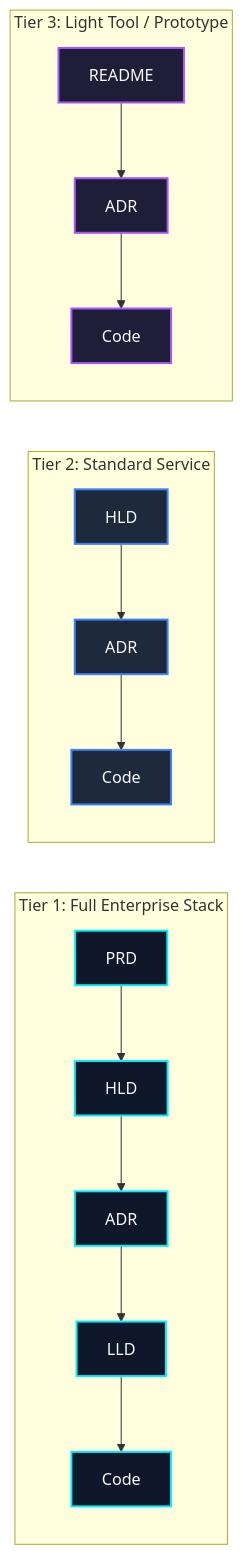
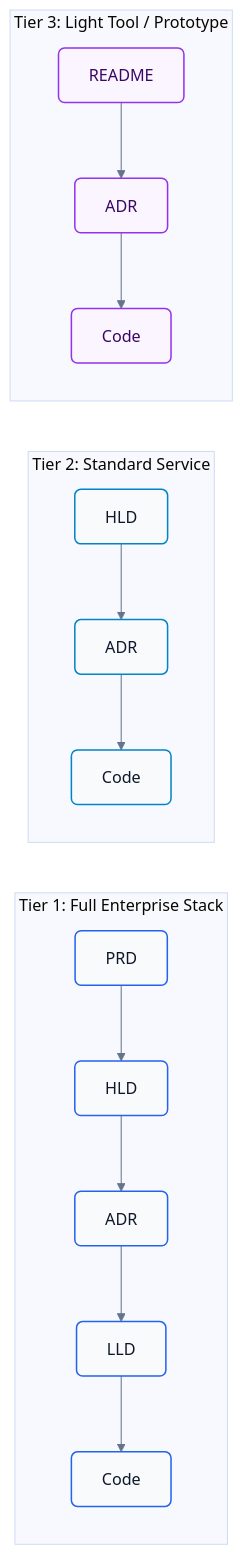
Before and after one commit to seismael/GenOps: the third of 3 diagrams in docs/architecture/RFC-001-contextops-architecture.md, drawn with Mermaid. The commit also changed other lines of this file and 2 other files, not shown here.

Commit message:
docs: establish ContextOps architecture with RFC-001 and documentation for usage workflows and project overview.

````diff
--- a/docs/architecture/RFC-001-contextops-architecture.md
+++ b/docs/architecture/RFC-001-contextops-architecture.md
@@ -69,24 +71,25 @@
 ```mermaid
+%%{init: {'theme': 'base', 'themeVariables': { 'fontFamily': 'Inter, system-ui, sans-serif', 'lineColor': '#64748b', 'primaryTextColor': '#0f172a' }}}%%
 flowchart LR
     subgraph Tier1 ["Tier 1: Full Enterprise Stack"]
         direction TB
         T1_PRD["PRD"] --> T1_HLD["HLD"] --> T1_ADR["ADR"] --> T1_LLD["LLD"] --> T1_CODE["Code"]
     end
 
     subgraph Tier2 ["Tier 2: Standard Service"]
         direction TB
         T2_HLD["HLD"] --> T2_ADR["ADR"] --> T2_CODE["Code"]
     end
 
     subgraph Tier3 ["Tier 3: Light Tool / Prototype"]
         direction TB
         T3_README["README"] --> T3_ADR["ADR"] --> T3_CODE["Code"]
     end
 
-    classDef t1 fill:#0f172a,stroke:#00f0ff,stroke-width:2px,color:#f8fafc;
-    classDef t2 fill:#1e293b,stroke:#3b82f6,stroke-width:2px,color:#f8fafc;
-    classDef t3 fill:#1e1e38,stroke:#a855f7,stroke-width:2px,color:#f8fafc;
+    classDef t1 fill:#f8fafc,stroke:#2563eb,stroke-width:1.5px,color:#0f172a,rx:6px,ry:6px;
+    classDef t2 fill:#f8fafc,stroke:#0284c7,stroke-width:1.5px,color:#0f172a,rx:6px,ry:6px;
+    classDef t3 fill:#faf5ff,stroke:#9333ea,stroke-width:1.5px,color:#3b0764,rx:6px,ry:6px;
     class T1_PRD,T1_HLD,T1_ADR,T1_LLD,T1_CODE t1;
     class T2_HLD,T2_ADR,T2_CODE t2;
     class T3_README,T3_ADR,T3_CODE t3;
 ```
````
